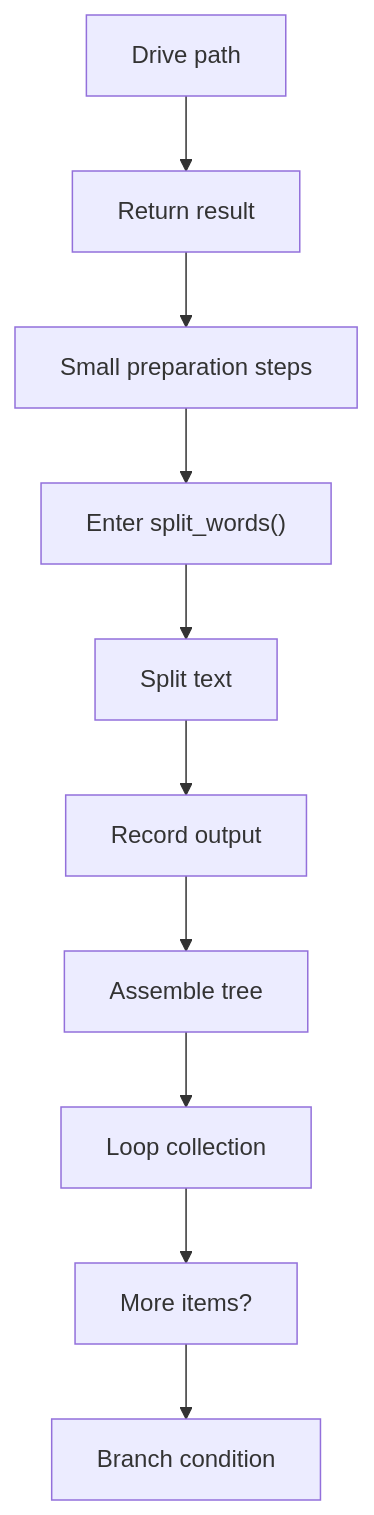
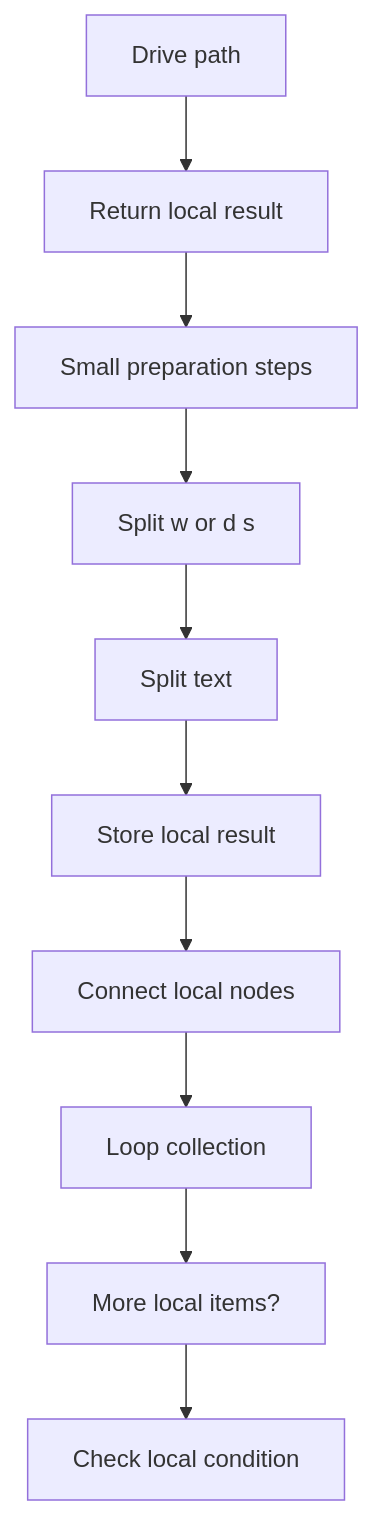
One commit to JohnAndrewBalbarosa/NeoTerritory changed the second of 9 diagrams in docs/Codebase/Microservice/Modules/Source/Analysis/ImplementationUse/Resolution/Symbols/Resolve/Flow/symbols_utils_program_flow.cpp.md. Above: the diagram before and after it, drawn with Mermaid. The commit also changed other lines of this file and 925 other files, not shown here.

````diff
--- a/docs/Codebase/Microservice/Modules/Source/Analysis/ImplementationUse/Resolution/Symbols/Resolve/Flow/symbols_utils_program_flow.cpp.md
+++ b/docs/Codebase/Microservice/Modules/Source/Analysis/ImplementationUse/Resolution/Symbols/Resolve/Flow/symbols_utils_program_flow.cpp.md
@@ -41,22 +41,22 @@
 ```mermaid
 flowchart TD
     N0["Drive path"]
-    N1["Return result"]
+    N1["Return local result"]
     N2["Small preparation steps"]
-    N3["Enter split_words()"]
+    N3["Split w or d s"]
     N4["Split text"]
-    N5["Record output"]
-    N6["Assemble tree"]
+    N5["Store local result"]
+    N6["Connect local nodes"]
     N7["Loop collection"]
-    N8["More items?"]
-    N9["Branch condition"]
+    N8["More local items?"]
+    N9["Check local condition"]
     N0 --> N1
     N1 --> N2
     N2 --> N3
     N3 --> N4
     N4 --> N5
     N5 --> N6
     N6 --> N7
     N7 --> N8
     N8 --> N9
 ```
````
